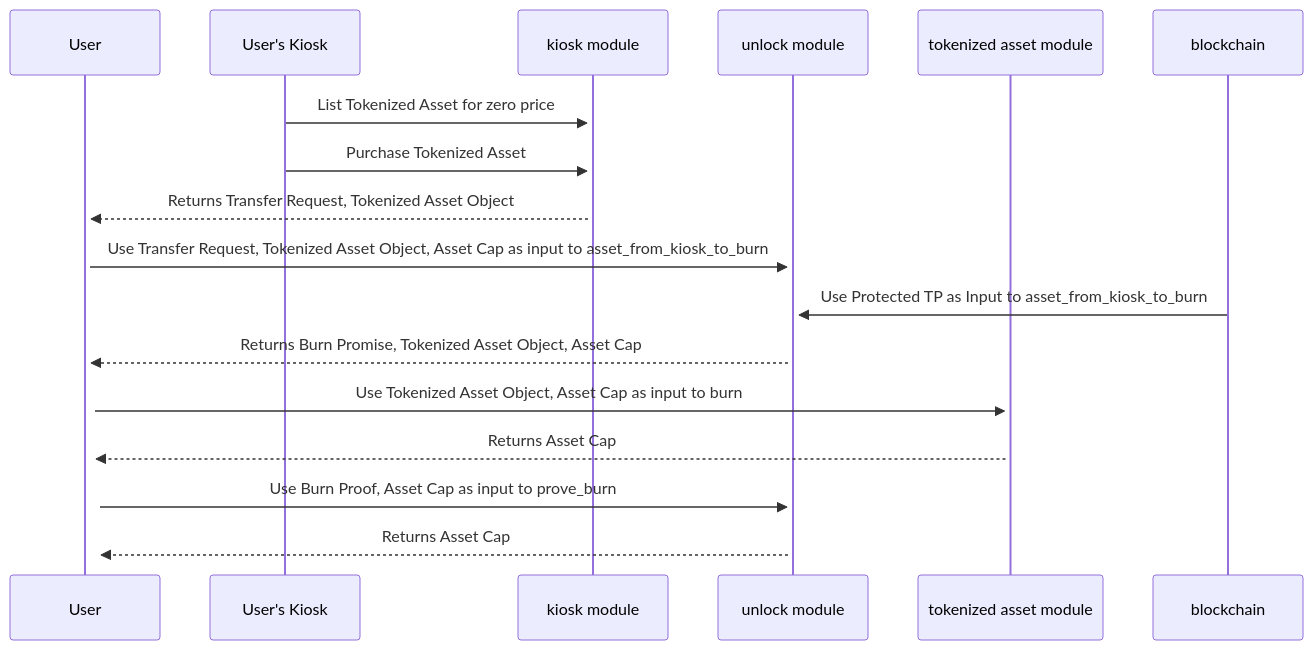
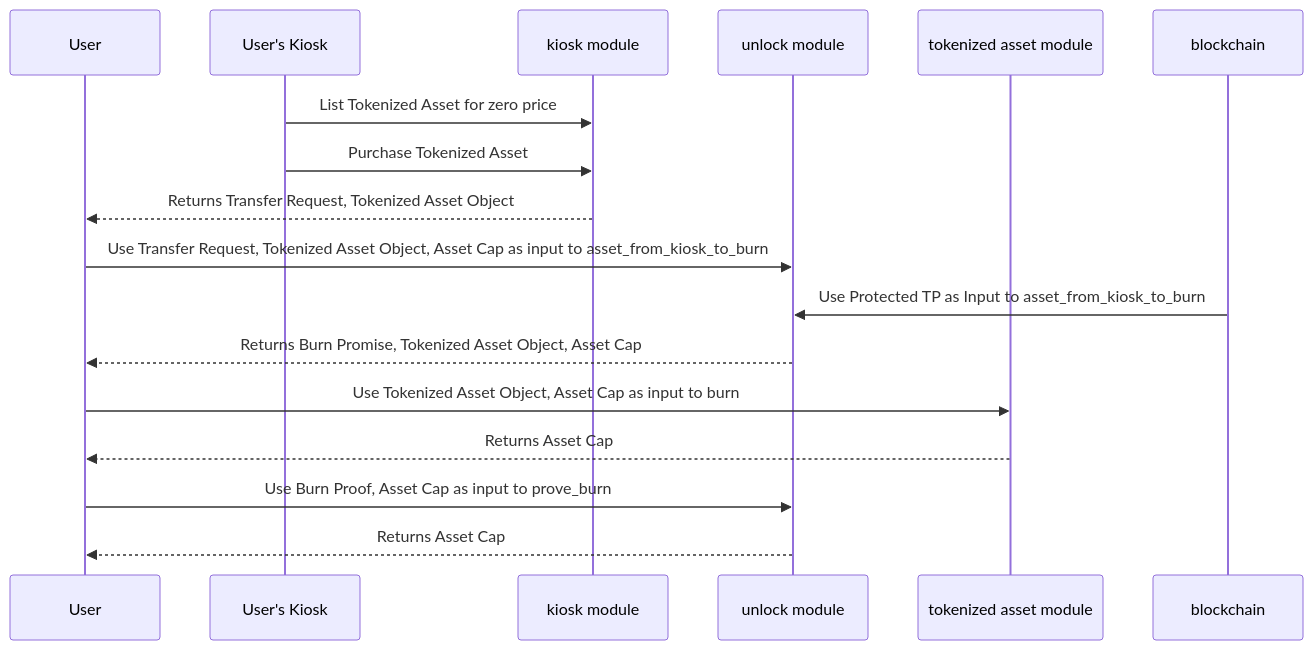
Before and after one commit to MystenLabs/sui: the third of 3 diagrams in docs/content/guides/developer/advanced/asset-tokenization.mdx, drawn with Mermaid. The commit also changed other lines of this file, not shown here.

````diff
--- a/docs/content/guides/developer/advanced/asset-tokenization.mdx
+++ b/docs/content/guides/developer/advanced/asset-tokenization.mdx
@@ -524,20 +540,20 @@
 ```mermaid
 sequenceDiagram
-    participant User;
-    participant User's Kiosk;
-    participant kiosk module;
-    participant unlock module;
-    participant tokenized asset module;
-    participant blockchain;
+    participant User
+    participant User's Kiosk
+    participant kiosk module
+    participant unlock module
+    participant tokenized asset module
+    participant blockchain
     
-User's Kiosk->>+kiosk module: List Tokenized Asset for zero price;
-User's Kiosk->>+kiosk module: Purchase Tokenized Asset;
-kiosk module-->>+User: Returns Transfer Request, Tokenized Asset Object;
-User->>+unlock module: Use Transfer Request, Tokenized Asset Object, Asset Cap as input to asset_from_kiosk_to_burn;
-blockchain->>+unlock module: Use Protected TP as Input to asset_from_kiosk_to_burn;
-unlock module-->>+User: Returns Burn Promise, Tokenized Asset Object, Asset Cap;
-User->>+tokenized asset module: Use Tokenized Asset Object, Asset Cap as input to burn;
-tokenized asset module-->>+User: Returns Asset Cap;
-User->>+unlock module: Use Burn Proof, Asset Cap as input to prove_burn;
-unlock module-->>+User: Returns Asset Cap;
+User's Kiosk->>kiosk module: List Tokenized Asset for zero price
+User's Kiosk->>kiosk module: Purchase Tokenized Asset
+kiosk module-->>User: Returns Transfer Request, Tokenized Asset Object
+User->>unlock module: Use Transfer Request, Tokenized Asset Object, Asset Cap as input to asset_from_kiosk_to_burn
+blockchain->>unlock module: Use Protected TP as Input to asset_from_kiosk_to_burn
+unlock module-->>User: Returns Burn Promise, Tokenized Asset Object, Asset Cap
+User->>tokenized asset module: Use Tokenized Asset Object, Asset Cap as input to burn
+tokenized asset module-->>User: Returns Asset Cap
+User->>unlock module: Use Burn Proof, Asset Cap as input to prove_burn
+unlock module-->>User: Returns Asset Cap
 ```
````
